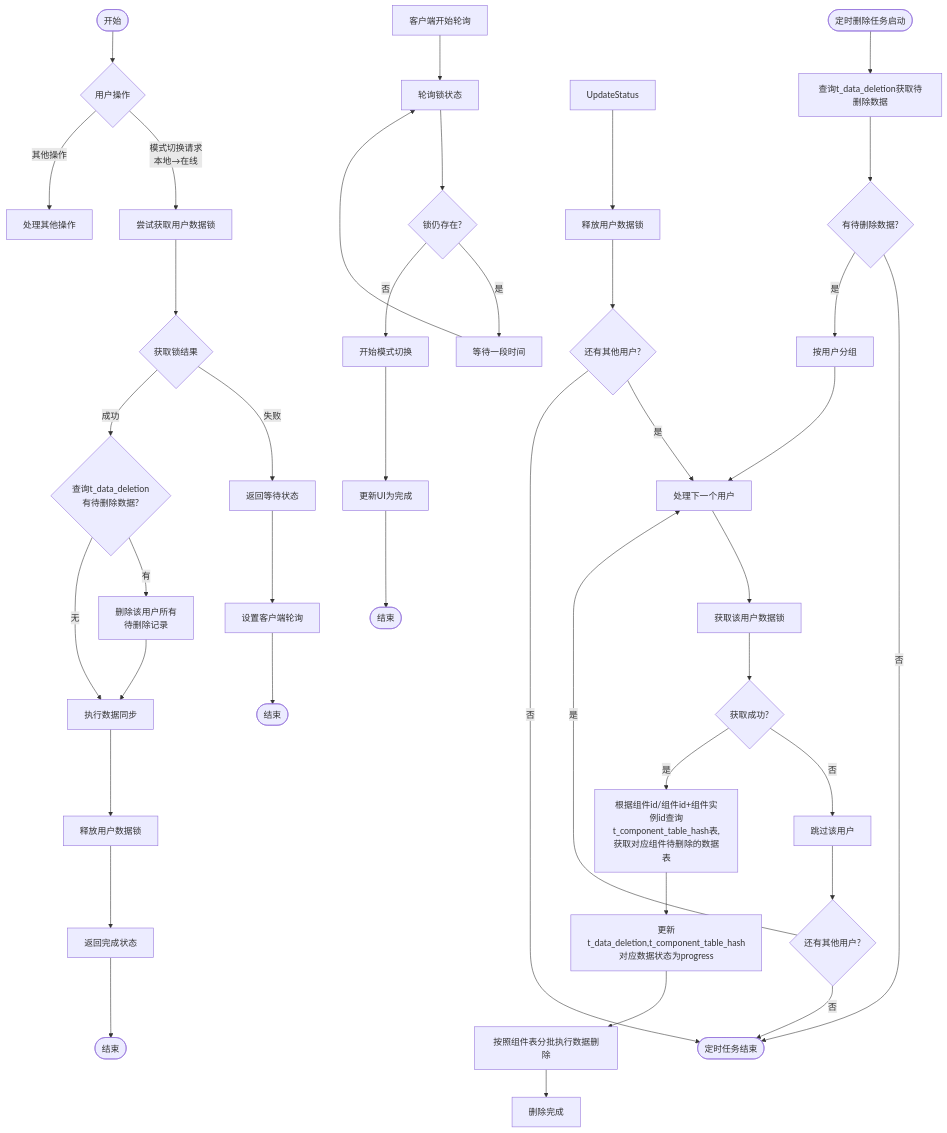
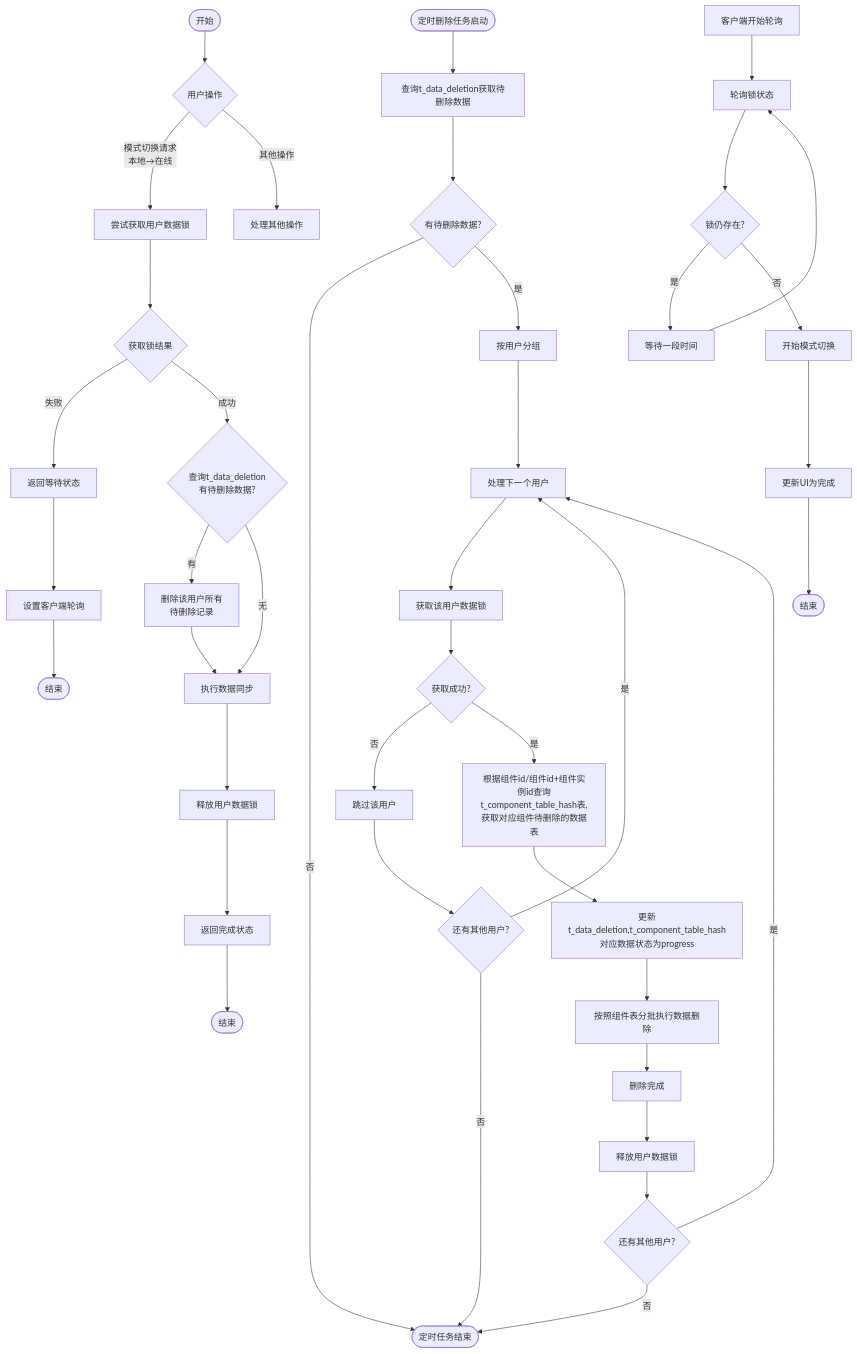
Before and after one commit to yingjianzh/iodraw-files: the diagram in all/未命名-57.md, drawn with Mermaid.

Commit message:
2025-05-12 11:24:53 update

````diff
--- a/all/未命名-57.md
+++ b/all/未命名-57.md
@@ -1,62 +1,63 @@
 ```mermaid
 flowchart TD
     %% 主要分支
     Start([开始]) --> UserAction{用户操作}
     UserAction -->|模式切换请求\n本地→在线| TryLock[尝试获取用户数据锁]
     UserAction -->|其他操作| OtherOps[处理其他操作]
     
     %% 定时删除任务分支
     ScheduledTask([定时删除任务启动]) --> QueryDeletions[查询t_data_deletion获取待删除数据]
     QueryDeletions --> HasTasks{有待删除数据?}
     HasTasks -->|否| TaskEnd([定时任务结束])
     HasTasks -->|是| GroupByUser[按用户分组]
     
     %% 处理用户数据删除
     GroupByUser --> ProcessNextUser[处理下一个用户]
     ProcessNextUser --> AcquireLock[获取该用户数据锁]
     AcquireLock --> LockSuccess{获取成功?}
     
     LockSuccess -->|否| SkipUser[跳过该用户]
     SkipUser --> MoreUsers1{还有其他用户?}
     MoreUsers1 -->|是| ProcessNextUser
     MoreUsers1 -->|否| TaskEnd
     
     LockSuccess -->|是| GetData[根据组件id/组件id+组件实例id查询t_component_table_hash表,获取对应组件待删除的数据表]
     
     GetData --> UpdateData[更新t_data_deletion,t_component_table_hash对应数据状态为progress]
     UpdateData --> DeleteData[按照组件表分批执行数据删除]
-    DeleteData --> DeleteComple[删除完成]
-    UpdateStatus --> ReleaseLock[释放用户数据锁]
+    DeleteData --> DeleteCompleted[删除完成]
+    DeleteCompleted 
+    DeleteCompleted --> ReleaseLock[释放用户数据锁]
     ReleaseLock --> MoreUsers2{还有其他用户?}
     MoreUsers2 -->|是| ProcessNextUser
     MoreUsers2 -->|否| TaskEnd
     
     %% 模式切换流程
     TryLock --> LockResult{获取锁结果}
     
     LockResult -->|失败| ReturnWaiting[返回等待状态]
     ReturnWaiting --> SetupPolling[设置客户端轮询]
     SetupPolling --> End1([结束])
     
     LockResult -->|成功| CheckPendingDeletion{查询t_data_deletion\n有待删除数据?}
     
     CheckPendingDeletion -->|有| RemoveDeletionRecords[删除该用户所有\n待删除记录]
     RemoveDeletionRecords --> PerformSync[执行数据同步]
     
     CheckPendingDeletion -->|无| PerformSync
     
     PerformSync --> ReleaseSwitchLock[释放用户数据锁]
     ReleaseSwitchLock --> ReturnComplete[返回完成状态]
     ReturnComplete --> End2([结束])
     
     %% 客户端轮询
     ClientPolling[客户端开始轮询] --> PollLockStatus[轮询锁状态]
     PollLockStatus --> StillLocked{锁仍存在?}
     
     StillLocked -->|是| WaitInterval[等待一段时间]
     WaitInterval --> PollLockStatus
     
     StillLocked -->|否| StartSwitch[开始模式切换]
     StartSwitch --> CompleteUI[更新UI为完成]
     CompleteUI --> End3([结束])
 ```
````
